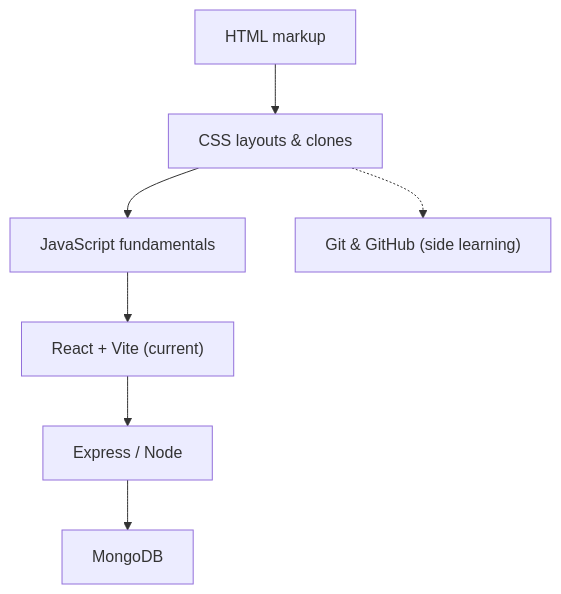
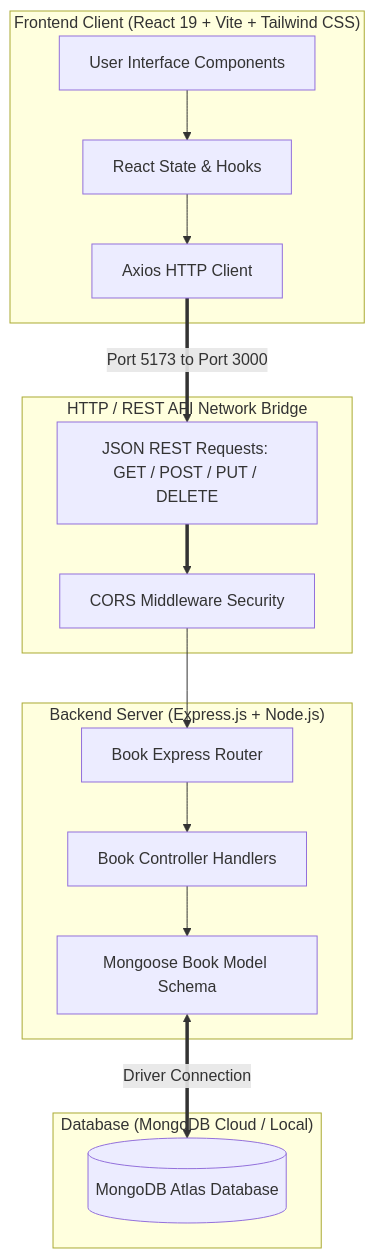
Before and after one commit to Aryan-Barbate/Internship-MERN-Stack-Practice: the second of 4 diagrams in README.md, drawn with Mermaid. The commit also changed other lines of this file, not shown here.

Commit message:
docs: finalize README with diagrams, flowcharts, tables, and daily log

````diff
--- a/README.md
+++ b/README.md
@@ -17,10 +109,31 @@
 ```mermaid
 flowchart TB
-    A[HTML markup] --> B[CSS layouts & clones]
-    B --> C[JavaScript fundamentals]
-    C --> D["React + Vite (current)"]
-    D --> E[Express / Node]
-    E --> F[MongoDB]
+    subgraph ClientLayer["Frontend Client (React 19 + Vite + Tailwind CSS)"]
+        UI[User Interface Components]
+        State[React State & Hooks]
+        AxiosClient[Axios HTTP Client]
+        UI --> State
+        State --> AxiosClient
+    end
 
-    B -.-> G["Git & GitHub (side learning)"]
+    subgraph TransportLayer["HTTP / REST API Network Bridge"]
+        Req[JSON REST Requests: GET / POST / PUT / DELETE]
+        CORS[CORS Middleware Security]
+        AxiosClient ==>|Port 5173 to Port 3000| Req
+        Req ==> CORS
+    end
+
+    subgraph ServerLayer["Backend Server (Express.js + Node.js)"]
+        Router[Book Express Router]
+        Controller[Book Controller Handlers]
+        MongooseModel[Mongoose Book Model Schema]
+        CORS --> Router
+        Router --> Controller
+        Controller --> MongooseModel
+    end
+
+    subgraph DatabaseLayer["Database (MongoDB Cloud / Local)"]
+        AtlasDB[(MongoDB Atlas Database)]
+        MongooseModel <==>|Driver Connection| AtlasDB
+    end
 ```
````
